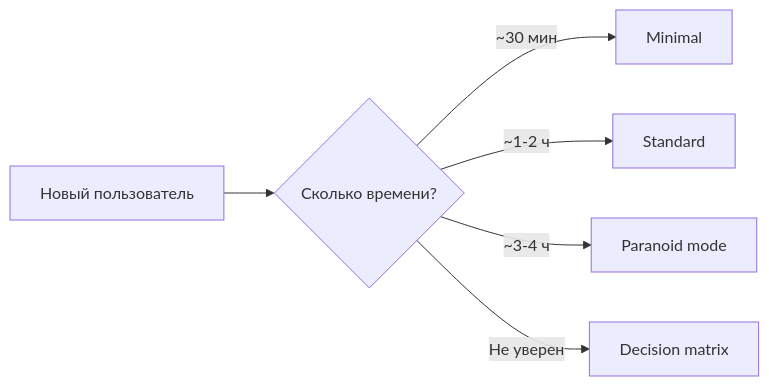
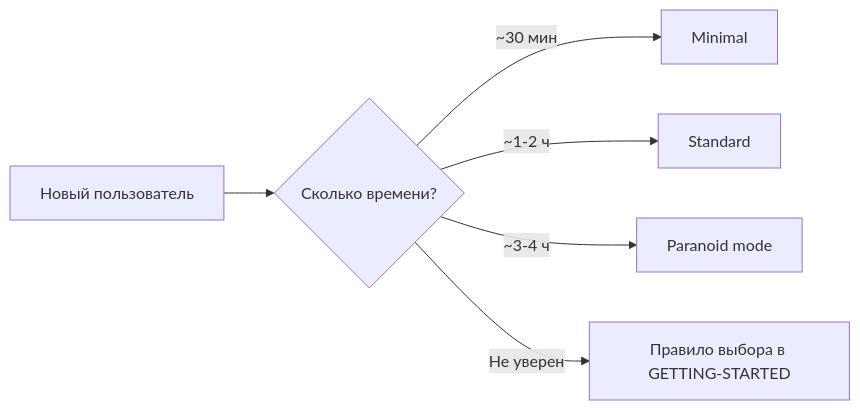
Before and after one commit to Lenivvenil/claude-mini: the first of 2 diagrams in README.md, drawn with Mermaid. The commit also changed other lines of this file and 7 other files, not shown here.

````diff
--- a/README.md
+++ b/README.md
@@ -11,8 +11,8 @@
 ```mermaid
 flowchart LR
     A[Новый пользователь] --> B{Сколько времени?}
     B -->|"~30 мин"| C[Minimal]
     B -->|"~1-2 ч"| D[Standard]
     B -->|"~3-4 ч"| E[Paranoid mode]
-    B -->|"Не уверен"| F[Decision matrix]
+    B -->|"Не уверен"| F[Правило выбора в GETTING-STARTED]
 ```
````
